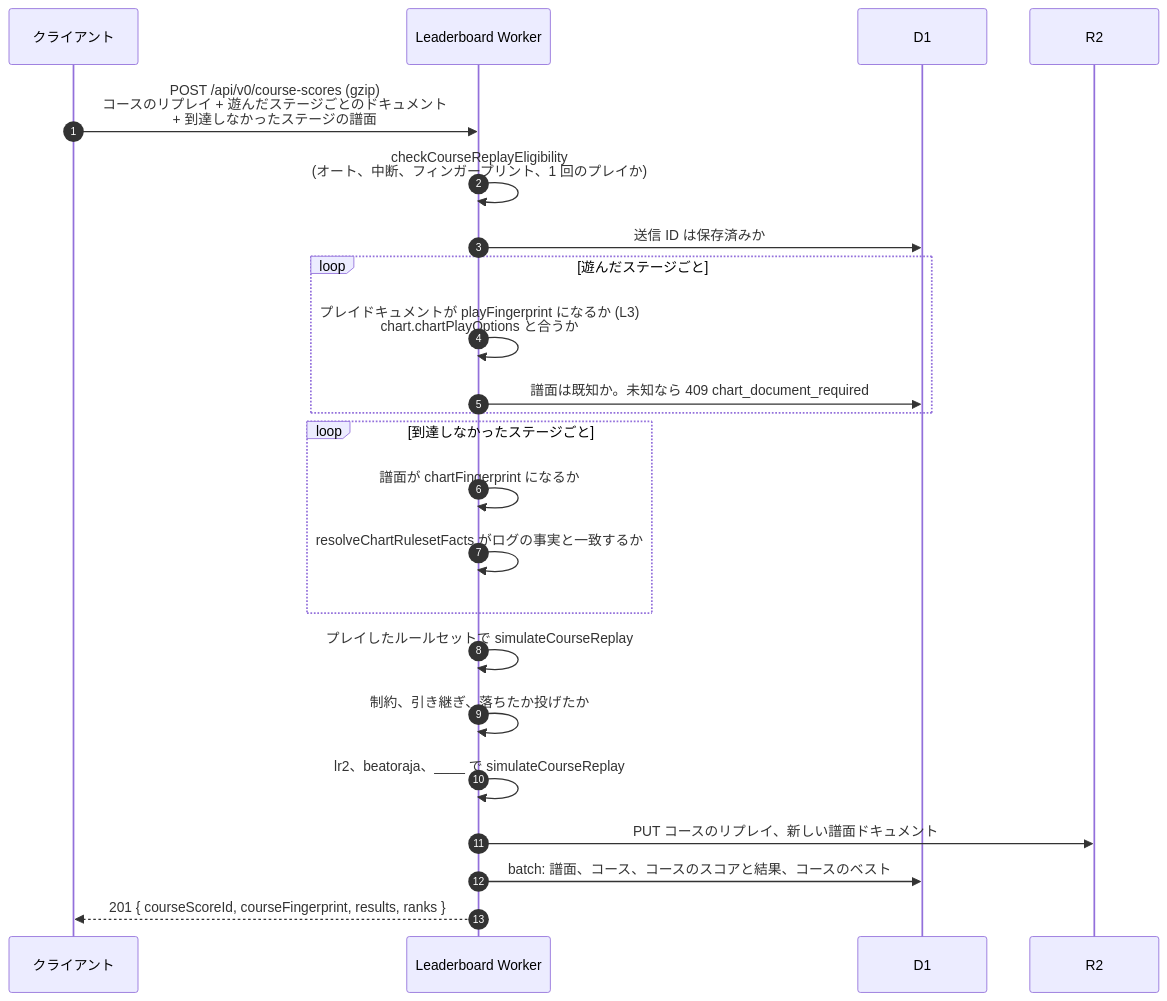
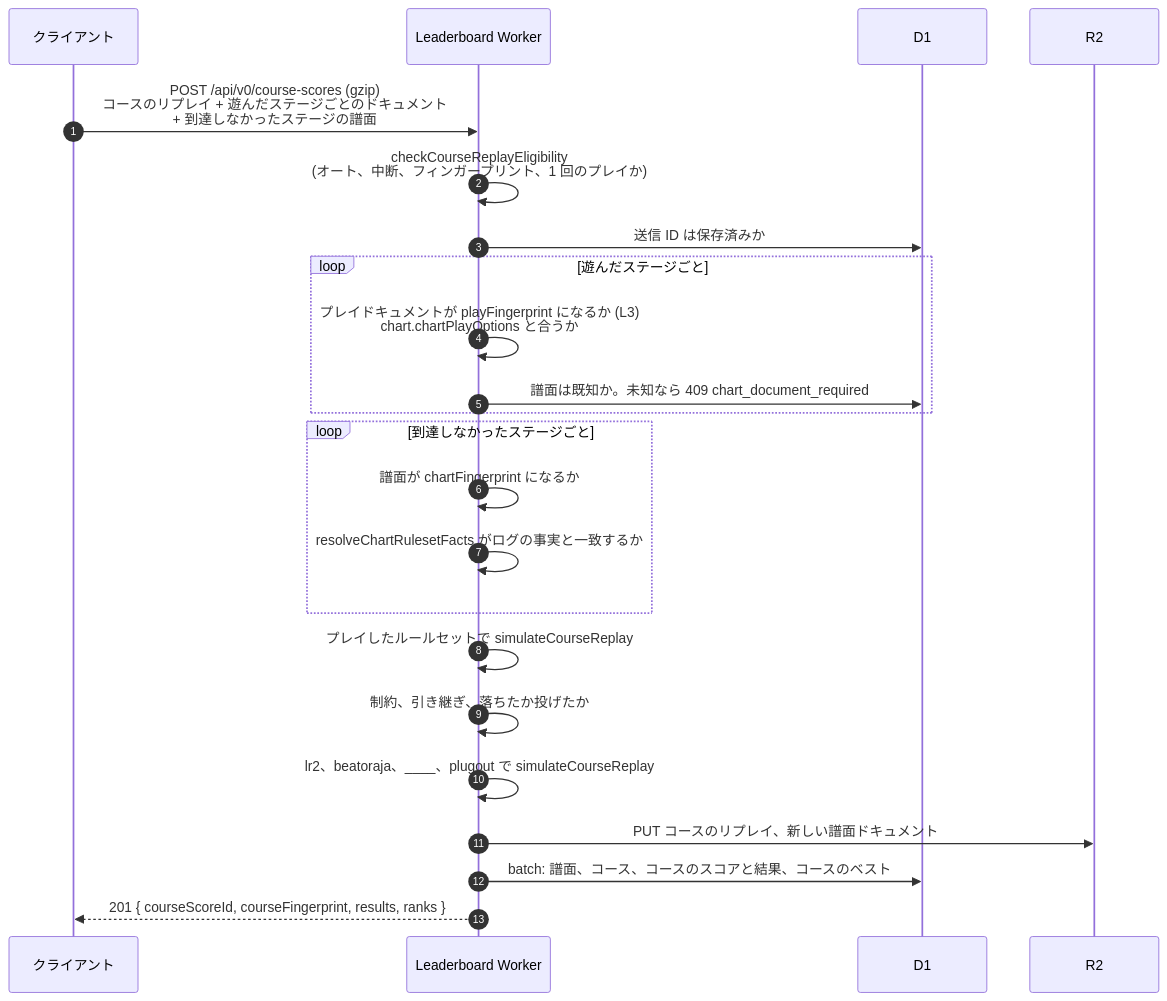
The first of 2 diagrams in docs/leaderboard.ja.md (nulltask/be-music), drawn with Mermaid before and after one commit. The commit also changed other lines of this file and 19 other files, not shown here.

````diff
--- a/docs/leaderboard.ja.md
+++ b/docs/leaderboard.ja.md
@@ -214,26 +214,26 @@
 ```mermaid
 sequenceDiagram
     autonumber
     participant C as クライアント
     participant A as Leaderboard Worker
     participant D as D1
     participant R as R2
 
     C->>A: POST /api/v0/course-scores (gzip)<br/>コースのリプレイ + 遊んだステージごとのドキュメント<br/>+ 到達しなかったステージの譜面
     A->>A: checkCourseReplayEligibility<br/>(オート、中断、フィンガープリント、1 回のプレイか)
     A->>D: 送信 ID は保存済みか
     loop 遊んだステージごと
         A->>A: プレイドキュメントが playFingerprint になるか (L3)<br/>chart.chartPlayOptions と合うか
         A->>D: 譜面は既知か。未知なら 409 chart_document_required
     end
     loop 到達しなかったステージごと
         A->>A: 譜面が chartFingerprint になるか
         A->>A: resolveChartRulesetFacts がログの事実と一致するか
     end
     A->>A: プレイしたルールセットで simulateCourseReplay
     A->>A: 制約、引き継ぎ、落ちたか投げたか
-    A->>A: lr2、beatoraja、____ で simulateCourseReplay
+    A->>A: lr2、beatoraja、____、plugout で simulateCourseReplay
     A->>R: PUT コースのリプレイ、新しい譜面ドキュメント
     A->>D: batch: 譜面、コース、コースのスコアと結果、コースのベスト
     A-->>C: 201 { courseScoreId, courseFingerprint, results, ranks }
 ```
````
